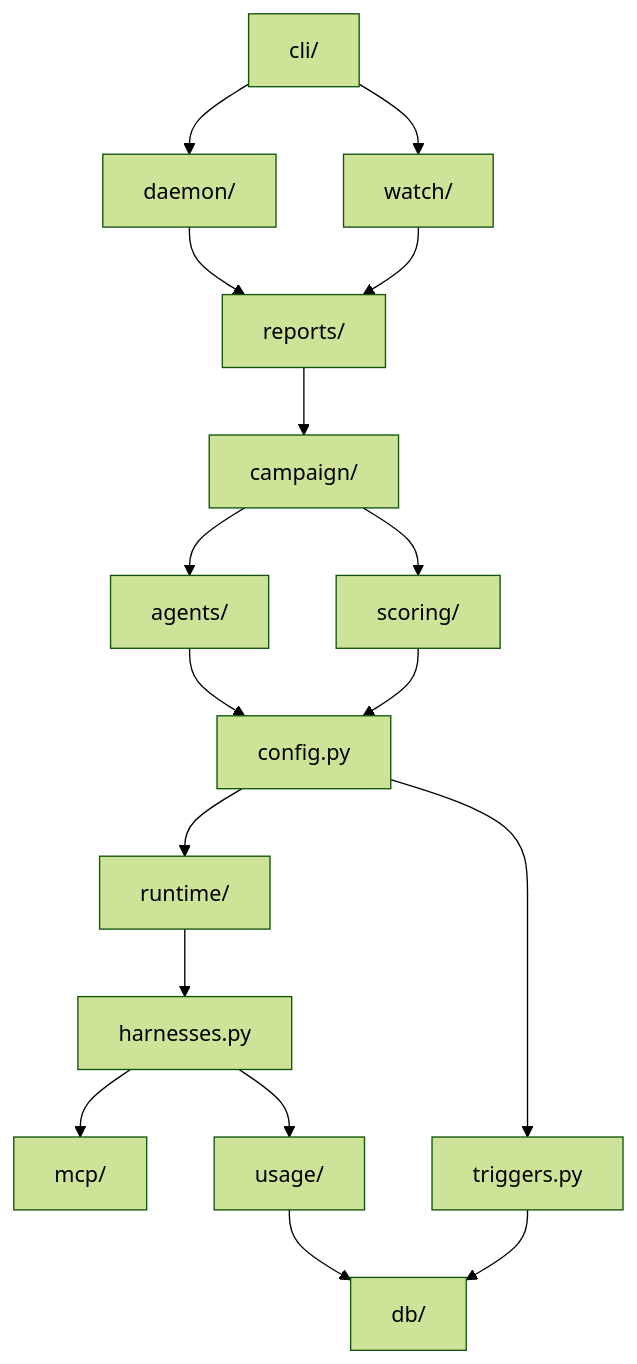
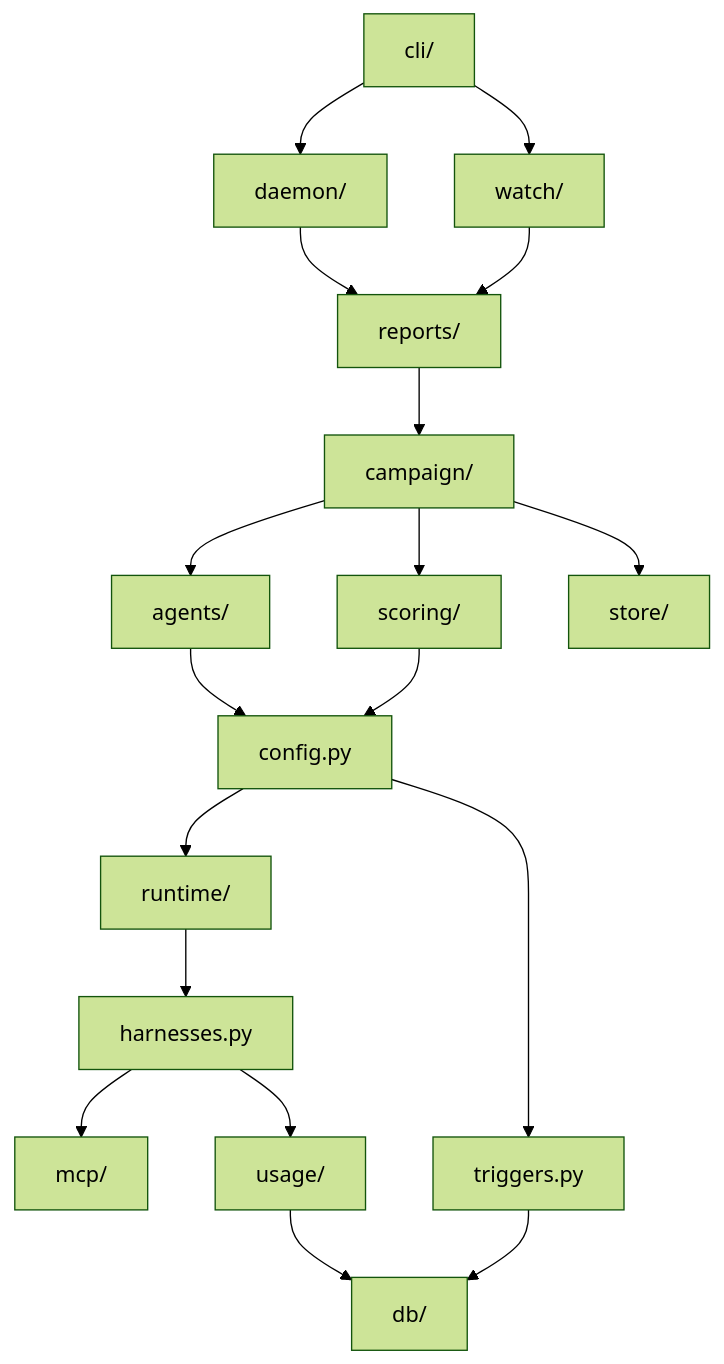
The diagram in docs/architecture/code-layout.mdx (VatsaDev/piloop), drawn with Mermaid (forest theme) before and after one commit. The commit also changed other lines of this file and 50 other files, not shown here.

````diff
--- a/docs/architecture/code-layout.mdx
+++ b/docs/architecture/code-layout.mdx
@@ -27,33 +28,35 @@
 ```mermaid
 flowchart TB
     agents["agents/"]
     campaign["campaign/"]
     cli["cli/"]
     config["config.py"]
     daemon["daemon/"]
     db["db/"]
     harnesses["harnesses.py"]
     mcp["mcp/"]
     reports["reports/"]
     runtime["runtime/"]
     scoring["scoring/"]
+    store["store/"]
     triggers["triggers.py"]
     usage["usage/"]
     watch["watch/"]
     agents --> config
     campaign --> agents
     campaign --> scoring
+    campaign --> store
     cli --> daemon
     cli --> watch
     config --> runtime
     config --> triggers
     daemon --> reports
     harnesses --> mcp
     harnesses --> usage
     reports --> campaign
     runtime --> harnesses
     scoring --> config
     triggers --> db
     usage --> db
     watch --> reports
 ```
````
